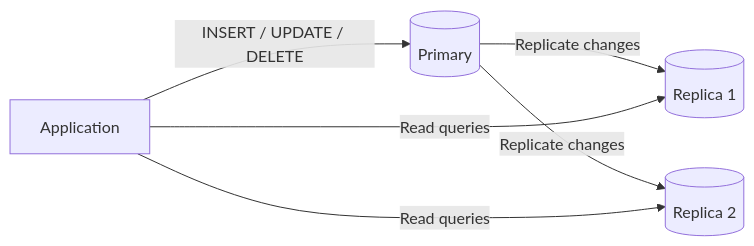
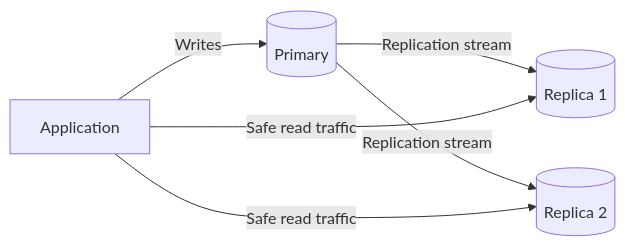
One commit to AvadhBhalodiya/Interview-Preparation changed the second of 12 diagrams in src/content/databases/replication-sharding-partitioning.md. Above: the diagram before and after it, drawn with Mermaid. The commit also changed other lines of this file and 80 other files, not shown here.

````diff
--- a/src/content/databases/replication-sharding-partitioning.md
+++ b/src/content/databases/replication-sharding-partitioning.md
@@ -72,9 +81,9 @@
 ```mermaid
 flowchart LR
-    APP[Application] -->|INSERT / UPDATE / DELETE| P[(Primary)]
-    P -->|Replicate changes| R1[(Replica 1)]
-    P -->|Replicate changes| R2[(Replica 2)]
+    APP[Application] -->|Writes| P[(Primary)]
+    P -->|Replication stream| R1[(Replica 1)]
+    P -->|Replication stream| R2[(Replica 2)]
 
-    APP -->|Read queries| R1
-    APP -->|Read queries| R2
+    APP -->|Safe read traffic| R1
+    APP -->|Safe read traffic| R2
 ```
````
